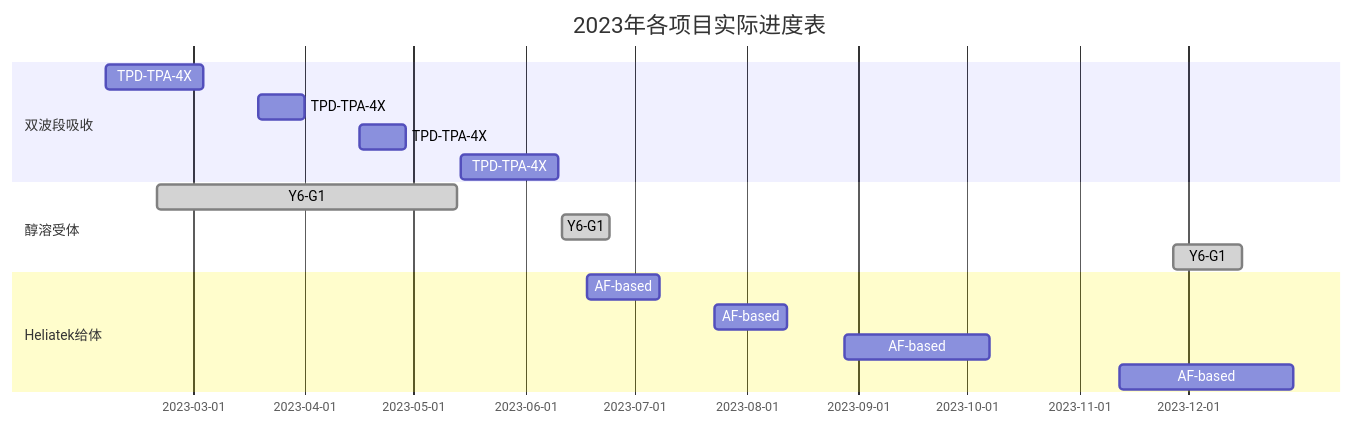
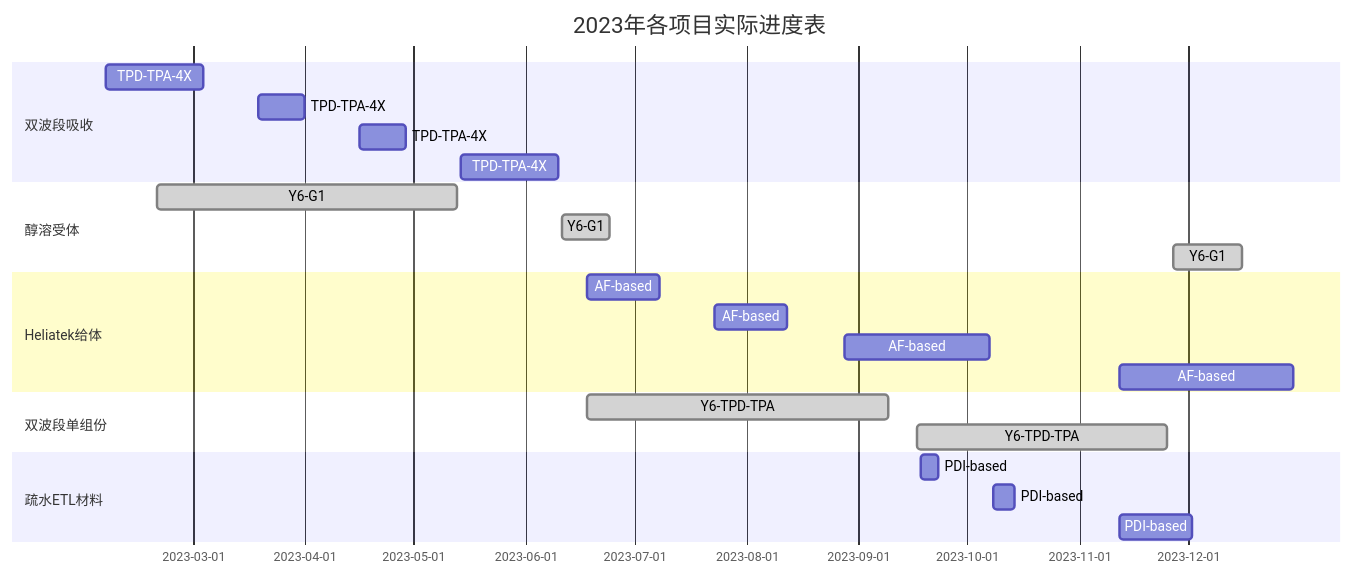
The diagram in blog/category1/gantt_weekly.md (qiao-ze/qiao-ze.github.io), drawn with Mermaid before and after one commit.

````diff
--- a/blog/category1/gantt_weekly.md
+++ b/blog/category1/gantt_weekly.md
@@ -17,28 +17,31 @@
 ```mermaid
  gantt
      dateFormat  YY-MM-DD
      title 2023年各项目实际进度表
      section 双波段吸收
      TPD-TPA-4X            :    des1, 23-02-05,23-03-04
      TPD-TPA-4X            :    des2, 23-03-19,23-04-01
      TPD-TPA-4X            :    des3, 23-04-16,23-04-29
      TPD-TPA-4X            :    des4, 23-05-14,23-06-10
 
      section 醇溶受体
      Y6-G1            :done,    des1, 23-02-19,23-05-13
      Y6-G1            :done,    des2, 23-06-11,23-06-24
      Y6-G1            :done,    des3, 23-11-27,23-12-16
 
      section Heliatek给体
      AF-based            :    des1, 23-06-18,23-07-08
      AF-based            :    des2, 23-07-23,23-08-12
      AF-based            :    des3, 23-08-28,23-10-07
      AF-based            :    des3, 23-11-12,23-12-30
   
-    
- 
-     
-     
- 
+     section 双波段单组份
+     Y6-TPD-TPA            :done,    des1, 23-06-18,23-09-09
+     Y6-TPD-TPA            :done,    des2, 23-09-17,23-11-25
+   
+     section 疏水ETL材料
+     PDI-based            :    des1, 23-09-18,23-09-23
+     PDI-based            :    des2, 23-10-08,23-10-14
+     PDI-based            :    des3, 23-11-12,23-12-02 
      
 ```
````
